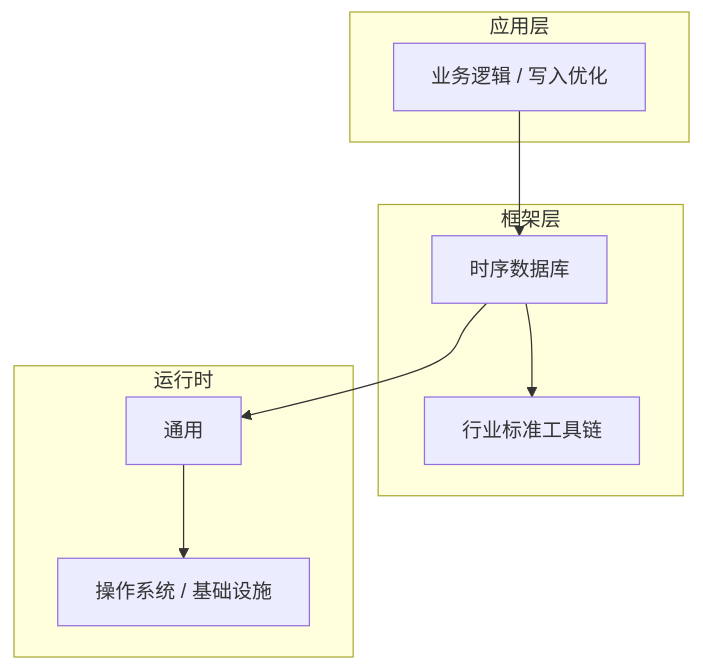
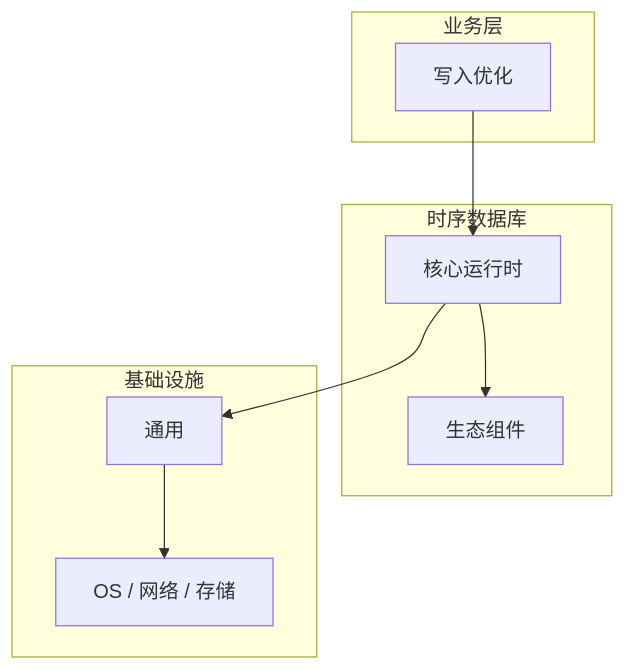
The diagram in articles/时序数据库/chapters/036-写入优化核心概念与原理.md (yanggan2015/knowledge-json-v2), drawn with Mermaid before and after one commit. The commit also changed other lines of this file and 10127 other files, not shown here.

````diff
--- a/articles/时序数据库/chapters/036-写入优化核心概念与原理.md
+++ b/articles/时序数据库/chapters/036-写入优化核心概念与原理.md
@@ -45,18 +34,18 @@
 ```mermaid
 graph TB
-    subgraph 应用层
-        A[业务逻辑 / 写入优化]
+    subgraph 业务层
+        A[写入优化]
     end
-    subgraph 框架层
-        B[时序数据库]
-        C[行业标准工具链]
+    subgraph 时序数据库
+        B[核心运行时]
+        C[生态组件]
     end
-    subgraph 运行时
+    subgraph 基础设施
         D[通用]
-        E[操作系统 / 基础设施]
+        E[OS / 网络 / 存储]
     end
     A --> B
     B --> C
     B --> D
     D --> E
 ```
````
